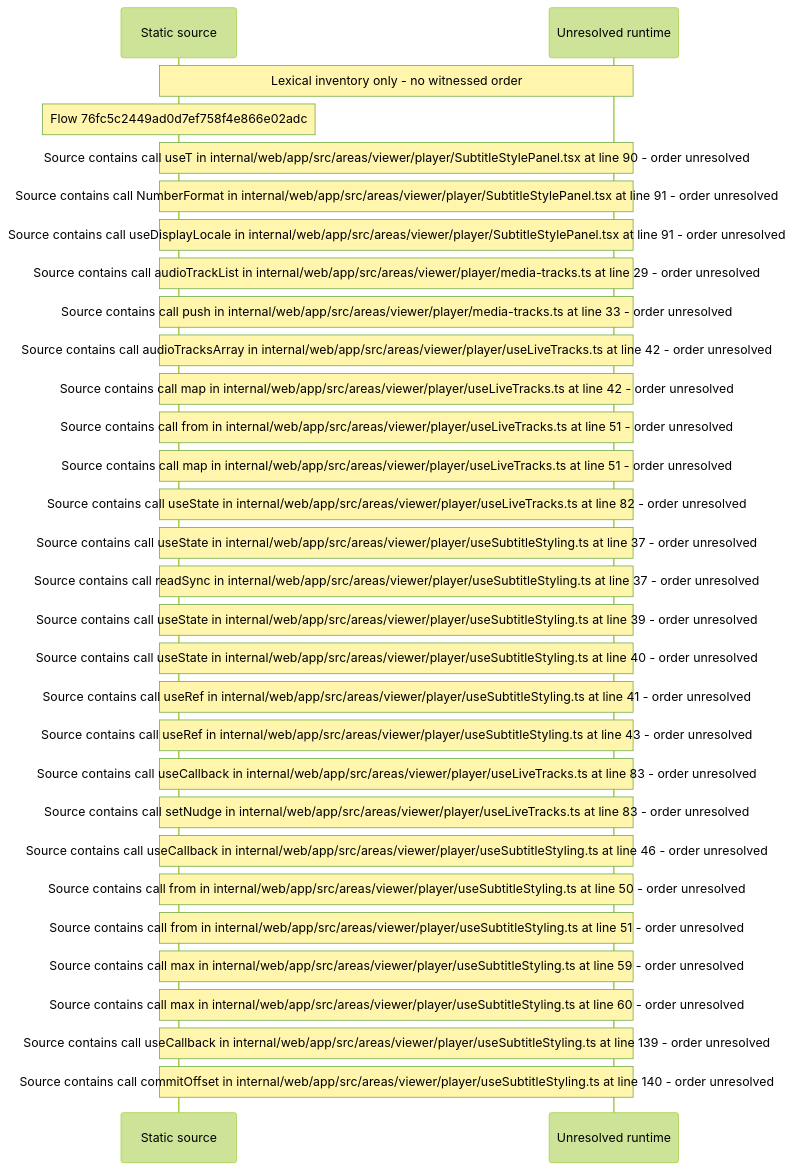
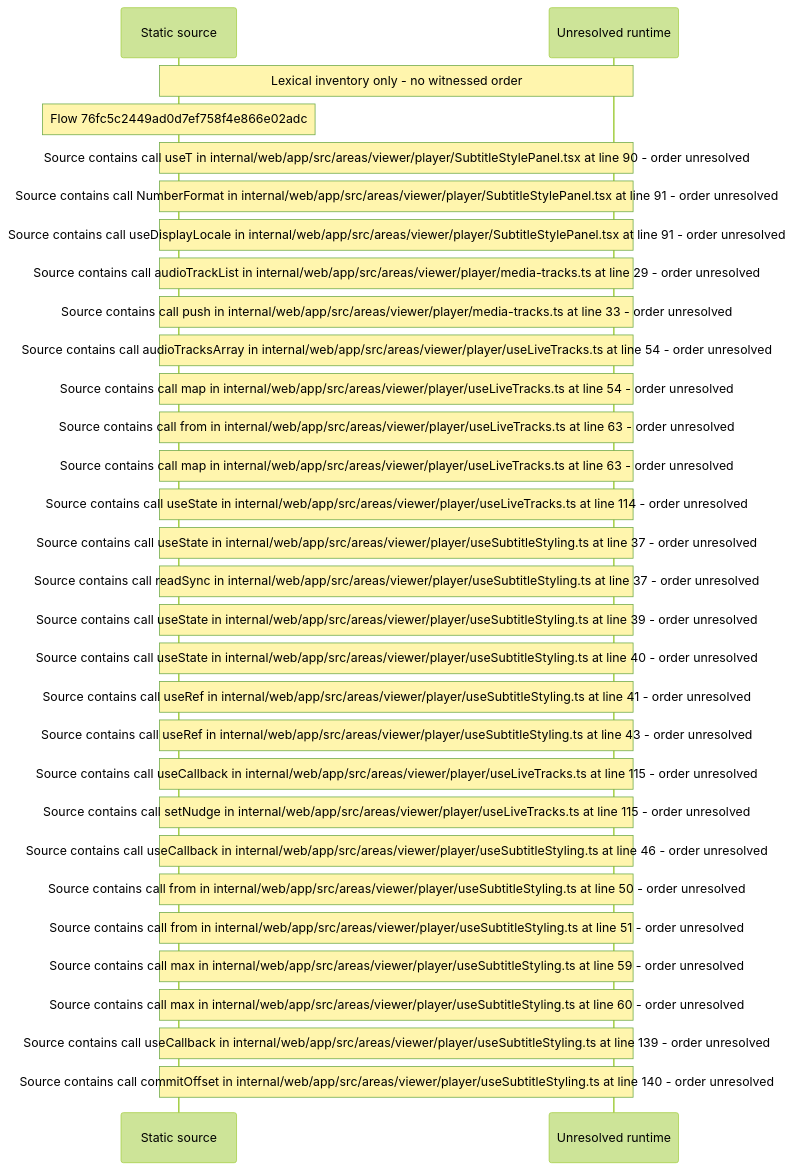
Before and after one commit to beamfall/core: the diagram in docs/web/flows/generated/76fc5c2449ad0d7ef758f4e866e02adc/flow-diagram.md, drawn with Mermaid (forest theme). The commit also changed other lines of this file and 714 other files, not shown here.

Commit message:
Regenerate the web flow record after the second main merge (CORE-1762)

````diff
--- a/docs/web/flows/generated/76fc5c2449ad0d7ef758f4e866e02adc/flow-diagram.md
+++ b/docs/web/flows/generated/76fc5c2449ad0d7ef758f4e866e02adc/flow-diagram.md
@@ -10,32 +10,32 @@
 ```mermaid
 sequenceDiagram
     participant S as Static source
     participant U as Unresolved runtime
     Note over S,U: Lexical inventory only - no witnessed order
     Note over S: Flow 76fc5c2449ad0d7ef758f4e866e02adc
     Note over S,U: Source contains call useT in internal/web/app/src/areas/viewer/player/SubtitleStylePanel.tsx at line 90 - order unresolved
     Note over S,U: Source contains call NumberFormat in internal/web/app/src/areas/viewer/player/SubtitleStylePanel.tsx at line 91 - order unresolved
     Note over S,U: Source contains call useDisplayLocale in internal/web/app/src/areas/viewer/player/SubtitleStylePanel.tsx at line 91 - order unresolved
     Note over S,U: Source contains call audioTrackList in internal/web/app/src/areas/viewer/player/media-tracks.ts at line 29 - order unresolved
     Note over S,U: Source contains call push in internal/web/app/src/areas/viewer/player/media-tracks.ts at line 33 - order unresolved
-    Note over S,U: Source contains call audioTracksArray in internal/web/app/src/areas/viewer/player/useLiveTracks.ts at line 42 - order unresolved
-    Note over S,U: Source contains call map in internal/web/app/src/areas/viewer/player/useLiveTracks.ts at line 42 - order unresolved
-    Note over S,U: Source contains call from in internal/web/app/src/areas/viewer/player/useLiveTracks.ts at line 51 - order unresolved
-    Note over S,U: Source contains call map in internal/web/app/src/areas/viewer/player/useLiveTracks.ts at line 51 - order unresolved
-    Note over S,U: Source contains call useState in internal/web/app/src/areas/viewer/player/useLiveTracks.ts at line 82 - order unresolved
+    Note over S,U: Source contains call audioTracksArray in internal/web/app/src/areas/viewer/player/useLiveTracks.ts at line 54 - order unresolved
+    Note over S,U: Source contains call map in internal/web/app/src/areas/viewer/player/useLiveTracks.ts at line 54 - order unresolved
+    Note over S,U: Source contains call from in internal/web/app/src/areas/viewer/player/useLiveTracks.ts at line 63 - order unresolved
+    Note over S,U: Source contains call map in internal/web/app/src/areas/viewer/player/useLiveTracks.ts at line 63 - order unresolved
+    Note over S,U: Source contains call useState in internal/web/app/src/areas/viewer/player/useLiveTracks.ts at line 114 - order unresolved
     Note over S,U: Source contains call useState in internal/web/app/src/areas/viewer/player/useSubtitleStyling.ts at line 37 - order unresolved
     Note over S,U: Source contains call readSync in internal/web/app/src/areas/viewer/player/useSubtitleStyling.ts at line 37 - order unresolved
     Note over S,U: Source contains call useState in internal/web/app/src/areas/viewer/player/useSubtitleStyling.ts at line 39 - order unresolved
     Note over S,U: Source contains call useState in internal/web/app/src/areas/viewer/player/useSubtitleStyling.ts at line 40 - order unresolved
     Note over S,U: Source contains call useRef in internal/web/app/src/areas/viewer/player/useSubtitleStyling.ts at line 41 - order unresolved
     Note over S,U: Source contains call useRef in internal/web/app/src/areas/viewer/player/useSubtitleStyling.ts at line 43 - order unresolved
-    Note over S,U: Source contains call useCallback in internal/web/app/src/areas/viewer/player/useLiveTracks.ts at line 83 - order unresolved
-    Note over S,U: Source contains call setNudge in internal/web/app/src/areas/viewer/player/useLiveTracks.ts at line 83 - order unresolved
+    Note over S,U: Source contains call useCallback in internal/web/app/src/areas/viewer/player/useLiveTracks.ts at line 115 - order unresolved
+    Note over S,U: Source contains call setNudge in internal/web/app/src/areas/viewer/player/useLiveTracks.ts at line 115 - order unresolved
     Note over S,U: Source contains call useCallback in internal/web/app/src/areas/viewer/player/useSubtitleStyling.ts at line 46 - order unresolved
     Note over S,U: Source contains call from in internal/web/app/src/areas/viewer/player/useSubtitleStyling.ts at line 50 - order unresolved
     Note over S,U: Source contains call from in internal/web/app/src/areas/viewer/player/useSubtitleStyling.ts at line 51 - order unresolved
     Note over S,U: Source contains call max in internal/web/app/src/areas/viewer/player/useSubtitleStyling.ts at line 59 - order unresolved
     Note over S,U: Source contains call max in internal/web/app/src/areas/viewer/player/useSubtitleStyling.ts at line 60 - order unresolved
     Note over S,U: Source contains call useCallback in internal/web/app/src/areas/viewer/player/useSubtitleStyling.ts at line 139 - order unresolved
     Note over S,U: Source contains call commitOffset in internal/web/app/src/areas/viewer/player/useSubtitleStyling.ts at line 140 - order unresolved
 ```
````
